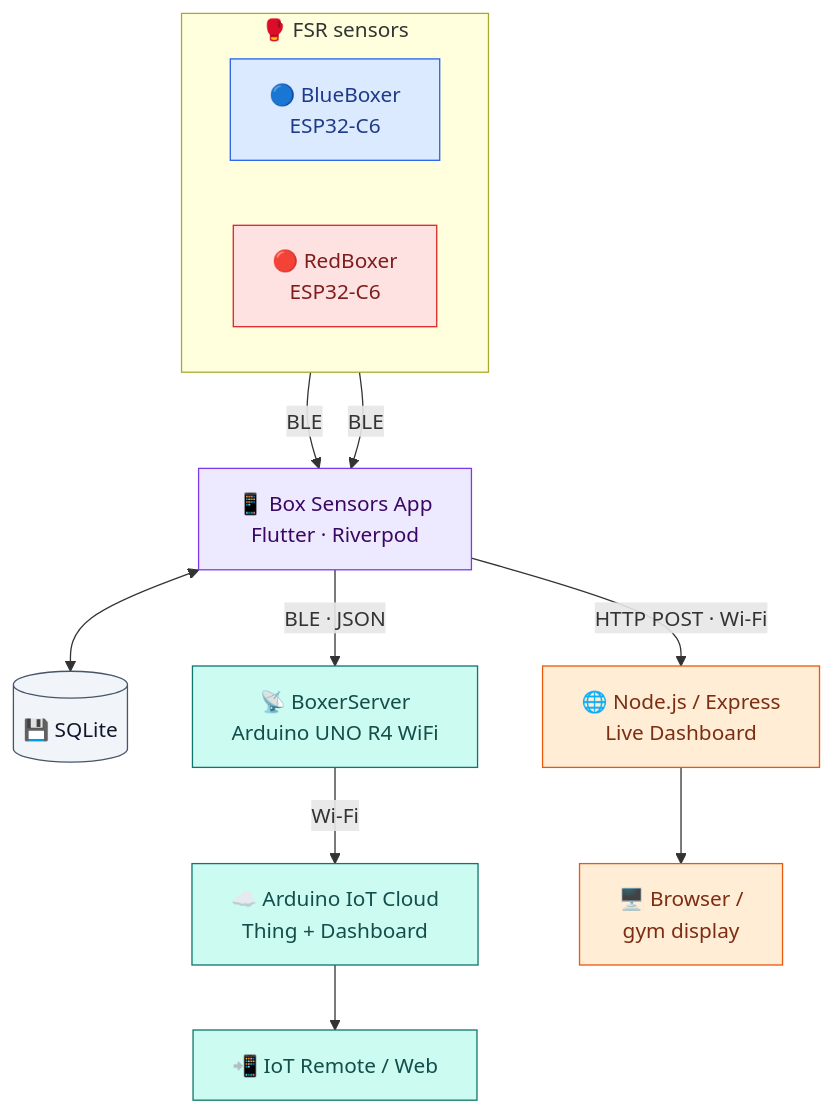
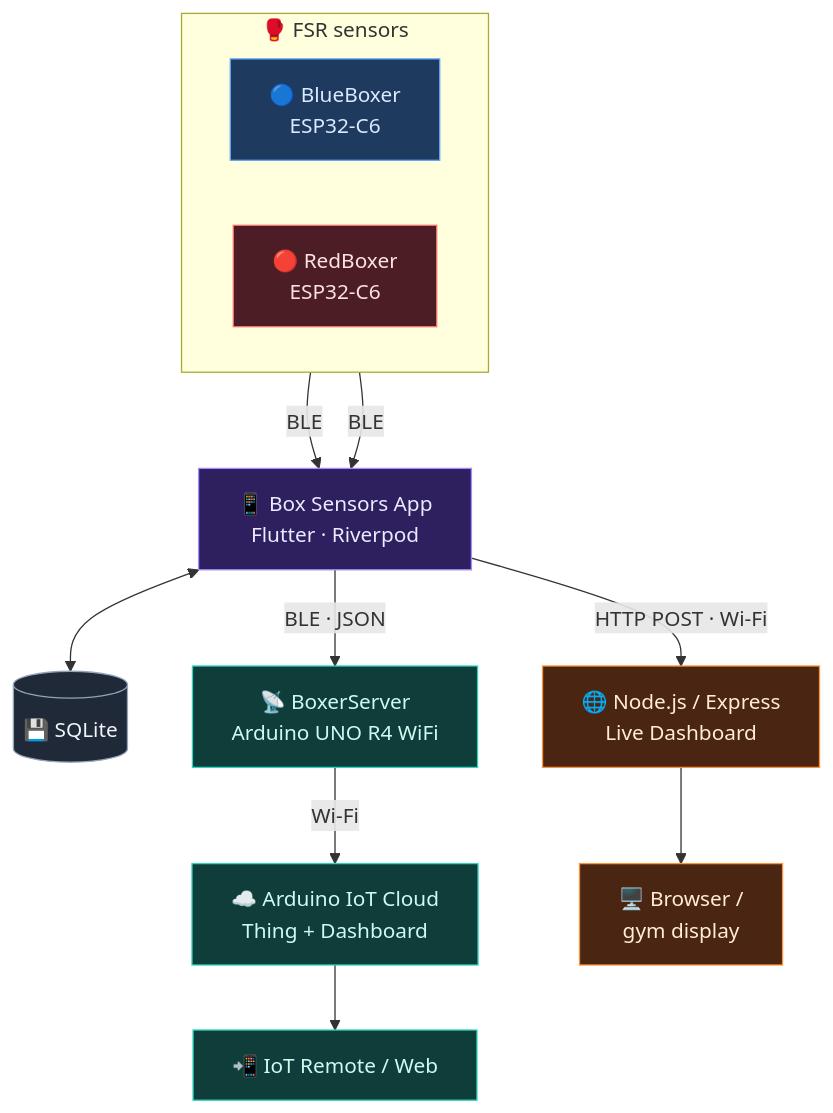
One commit to sanguinarypc/BoxingGymSensorsProject changed the diagram in pictures/diagrams/architecture_en.mmd. Above: the diagram before and after it, drawn with Mermaid. The commit also changed 11 other files, not shown here.

```diff
--- a/pictures/diagrams/architecture_en.mmd
+++ b/pictures/diagrams/architecture_en.mmd
@@ -1,27 +1,27 @@
 flowchart TB
     subgraph W["🥊 FSR sensors"]
         direction LR
         B1["🔵 BlueBoxer<br/>ESP32-C6"]
         R1["🔴 RedBoxer<br/>ESP32-C6"]
     end
     B1 -- "BLE" --> APP["📱 Box Sensors App<br/>Flutter · Riverpod"]
     R1 -- "BLE" --> APP
     APP <--> DB[("💾 SQLite")]
     APP -- "BLE · JSON" --> UNO["📡 BoxerServer<br/>Arduino UNO R4 WiFi"]
     APP -- "HTTP POST · Wi-Fi" --> WEB["🌐 Node.js / Express<br/>Live Dashboard"]
     UNO -- "Wi-Fi" --> CLOUD["☁️ Arduino IoT Cloud<br/>Thing + Dashboard"]
     CLOUD --> REM["📲 IoT Remote / Web"]
     WEB --> BR["🖥️ Browser /<br/>gym display"]
 
-    classDef blue fill:#DBEAFE,stroke:#2563EB,color:#1E3A8A
-    classDef red fill:#FEE2E2,stroke:#DC2626,color:#7F1D1D
-    classDef app fill:#EDE9FE,stroke:#7C3AED,color:#3B0764
-    classDef cloud fill:#CCFBF1,stroke:#0F766E,color:#134E4A
-    classDef web fill:#FFEDD5,stroke:#EA580C,color:#7C2D12
-    classDef db fill:#F1F5F9,stroke:#475569,color:#0F172A
+    classDef blue fill:#1E3A5F,stroke:#60A5FA,color:#DBEAFE
+    classDef red fill:#4C1D24,stroke:#F87171,color:#FEE2E2
+    classDef app fill:#2E1F5E,stroke:#A78BFA,color:#EDE9FE
+    classDef cloud fill:#0F3D3A,stroke:#2DD4BF,color:#CCFBF1
+    classDef web fill:#4A2511,stroke:#FB923C,color:#FFEDD5
+    classDef db fill:#1F2937,stroke:#94A3B8,color:#F1F5F9
     class B1 blue
     class R1 red
     class APP app
     class UNO,CLOUD,REM cloud
     class WEB,BR web
     class DB db
```
